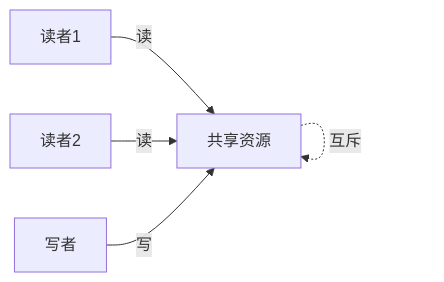
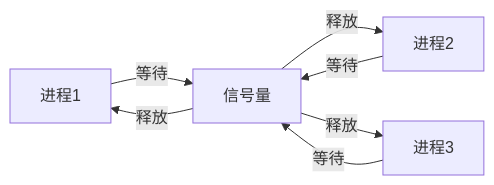
Diagram 11 of 18 in analysis/1-形式化理论/1.4-Petri网与分布式系统/1.4.6-图表与多表征.md (AdaMartin18010/Lean), drawn with Mermaid before and after one commit. The commit also changed other lines of this file and 24 other files, not shown here.

````diff
--- a/analysis/1-形式化理论/1.4-Petri网与分布式系统/1.4.6-图表与多表征.md
+++ b/analysis/1-形式化理论/1.4-Petri网与分布式系统/1.4.6-图表与多表征.md
@@ -122,8 +536,10 @@
 ```mermaid
 graph LR
-  R1[读者1] -->|读| S[共享资源]
-  R2[读者2] -->|读| S
-  W[写者] -->|写| S
+  P1[进程1] -->|等待| S[信号量]
+  P2[进程2] -->|等待| S
+  P3[进程3] -->|等待| S
   
-  S -.->|互斥| S
+  S -->|释放| P1
+  S -->|释放| P2
+  S -->|释放| P3
 ```
````
